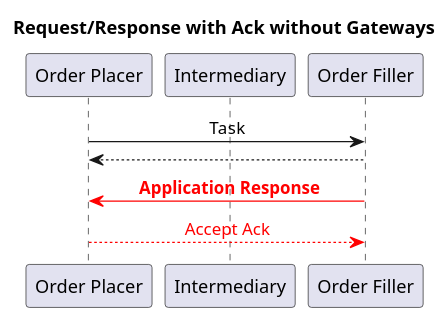
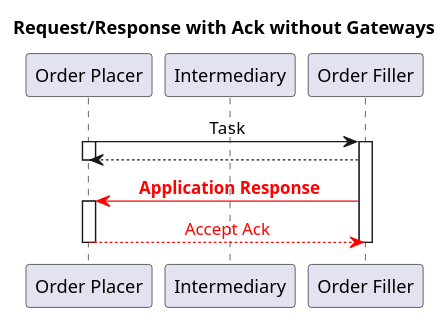
Before and after one commit to frankoemig/ack-ig: the diagram in input/images-source/ServiceRequest_with_Intermediary.plantuml, drawn with PlantUML. The commit also changed 10 other files, not shown here.

```diff
--- a/input/images-source/ServiceRequest_with_Intermediary.plantuml
+++ b/input/images-source/ServiceRequest_with_Intermediary.plantuml
@@ -1,14 +1,20 @@
 @startuml
 skinparam sequenceMessageAlign center
 title Request/Response with Ack without Gateways
 participant "Order Placer" as Placer
 participant "Intermediary" as Intermediary
 participant "Order Filler" as Filler
 
 
 Placer -> Filler: Task 
+activate Placer
+activate Filler
 Filler --> Placer: 
+deactivate Placer
 Filler -[#red]> Placer: <b><font color=red> Application Response
+activate Placer
 Placer -[#red]-> Filler: <font color=red>Accept Ack 
+deactivate Placer
+deactivate Filler
 
 @enduml
```
